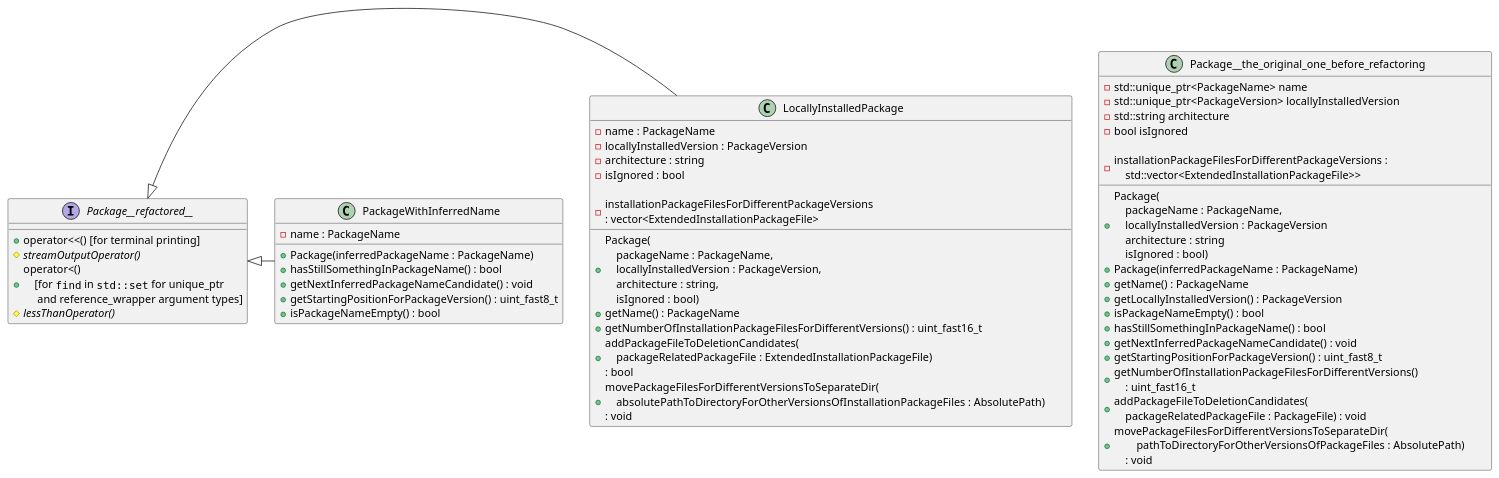
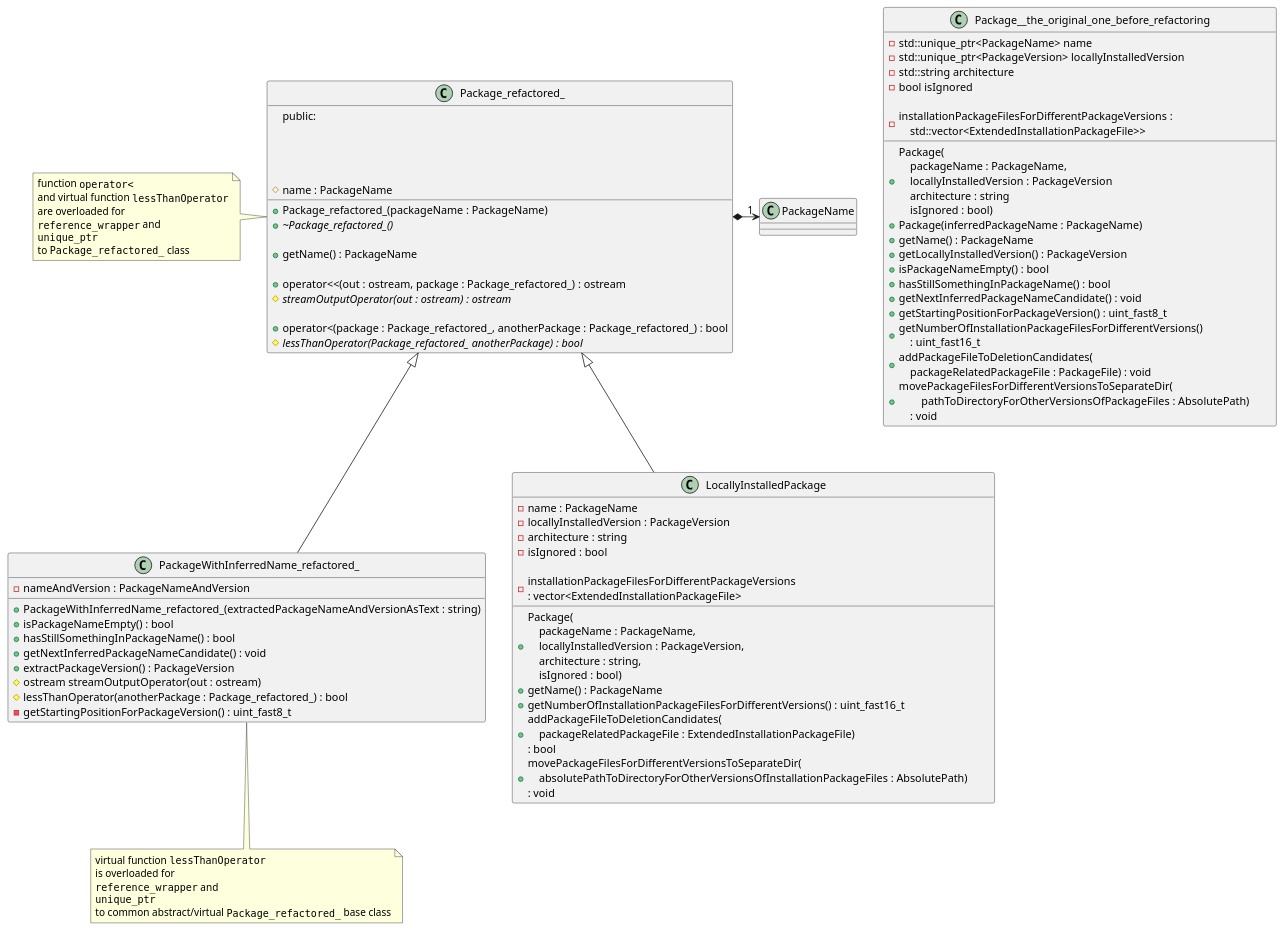
The diagram in Refactoring_Package_due_to_using_a_subset_of_features_for_packageWithInferredName_of_original_Package_type_and_initializing_the_rest_to_undefined_values-Class_diagram.puml (kyberdrb/clean_pacman_cache_dir), drawn with PlantUML before and after one commit.

Commit message:
Update 'Package_refactored_' class fully and 'PackageWithInferredName_refactored_' class partially

```diff
--- a/Refactoring_Package_due_to_using_a_subset_of_features_for_packageWithInferredName_of_original_Package_type_and_initializing_the_rest_to_undefined_values-Class_diagram.puml
+++ b/Refactoring_Package_due_to_using_a_subset_of_features_for_packageWithInferredName_of_original_Package_type_and_initializing_the_rest_to_undefined_values-Class_diagram.puml
@@ -1,89 +1,105 @@
 @startuml
 
 'Proposed solutions to avoid assigning reference member attributes to temporary values in single-argument constructor:
 ' - Inheritance/Implementation of interface - a class with only pure virtual functions with commonfunctions
 '   - overkill/not necessary - I don't use them in one container, neither I want to complicate my code with abstractions for simplicity and understandability
 ' - Splitting one 'PackageFile'
 '   - to two classes
 '   - then encapsulate the 'string' type 'filname' and 'absolutePath' member variables to custom defined classes 'Filename' and 'AbsolutePath' for expressivenes
 '   - Accepted solution
 
 class Package__the_original_one_before_refactoring {
     + Package(\
         \n    packageName : PackageName,\
         \n    locallyInstalledVersion : PackageVersion\
         \n    architecture : string\
         \n    isIgnored : bool)
     + Package(inferredPackageName : PackageName)
     + getName() : PackageName
     + getLocallyInstalledVersion() : PackageVersion
     + isPackageNameEmpty() : bool
     + hasStillSomethingInPackageName() : bool
     + getNextInferredPackageNameCandidate() : void
     + getStartingPositionForPackageVersion() : uint_fast8_t
     + getNumberOfInstallationPackageFilesForDifferentVersions()\
         \n    : uint_fast16_t
     + addPackageFileToDeletionCandidates(\
         \n    packageRelatedPackageFile : PackageFile) : void
     + movePackageFilesForDifferentVersionsToSeparateDir(\
         \n        pathToDirectoryForOtherVersionsOfPackageFiles : AbsolutePath)\
         \n    : void
 
     - std::unique_ptr<PackageName> name
     - std::unique_ptr<PackageVersion> locallyInstalledVersion
     - std::string architecture
     - bool isIgnored
 
     - installationPackageFilesForDifferentPackageVersions :\
         \n    std::vector<ExtendedInstallationPackageFile>>
 }
 
 'Analysis
 
-interface Package__refactored__ {
-    + operator<<() [for terminal printing]
-    # {abstract} streamOutputOperator()
-    + operator<()\
-    \n    [for ""find"" in ""std::set"" for unique_ptr\
-    \n     and reference_wrapper argument types]
-    # {abstract} lessThanOperator()
+'TODO make >>> abstract <<< from the 'class Package_refactored_' ?
+class Package_refactored_ {
+public:
+    + Package_refactored_(packageName : PackageName)
+    + {abstract} ~Package_refactored_()
+
+    + getName() : PackageName
+
+    + operator<<(out : ostream, package : Package_refactored_) : ostream
+    # {abstract} streamOutputOperator(out : ostream) : ostream
+
+    + operator<(package : Package_refactored_, anotherPackage : Package_refactored_) : bool
+    # {abstract} lessThanOperator(Package_refactored_ anotherPackage) : bool
+
+    # name : PackageName
 }
+
+note left of Package_refactored_: function ""operator<""\nand virtual function ""lessThanOperator""\nare overloaded for\n""reference_wrapper"" and\n""unique_ptr""\nto ""Package_refactored_"" class
+
+Package_refactored_ *-r-> "1" PackageName
+
+class PackageWithInferredName_refactored_ {
+    + PackageWithInferredName_refactored_(extractedPackageNameAndVersionAsText : string)
+    + isPackageNameEmpty() : bool
+    + hasStillSomethingInPackageName() : bool
+    + getNextInferredPackageNameCandidate() : void
+    + extractPackageVersion() : PackageVersion
+    # ostream streamOutputOperator(out : ostream)
+    # lessThanOperator(anotherPackage : Package_refactored_) : bool
+
+    - nameAndVersion : PackageNameAndVersion
+    - getStartingPositionForPackageVersion() : uint_fast8_t
+}
+
+Package_refactored_ <|-d- PackageWithInferredName_refactored_
+
+note bottom of PackageWithInferredName_refactored_: virtual function ""lessThanOperator""\nis overloaded for\n""reference_wrapper"" and\n""unique_ptr""\nto common abstract/virtual ""Package_refactored_"" base class
 
 class LocallyInstalledPackage {
     + Package(\
     \n    packageName : PackageName,\
     \n    locallyInstalledVersion : PackageVersion,\
     \n    architecture : string,\
     \n    isIgnored : bool)
     + getName() : PackageName
     + getNumberOfInstallationPackageFilesForDifferentVersions() : uint_fast16_t
     + addPackageFileToDeletionCandidates(\
     \n    packageRelatedPackageFile : ExtendedInstallationPackageFile)\
     \n: bool
     + movePackageFilesForDifferentVersionsToSeparateDir(\
         \n    absolutePathToDirectoryForOtherVersionsOfInstallationPackageFiles : AbsolutePath)\
         \n: void
     - name : PackageName
     - locallyInstalledVersion : PackageVersion
     - architecture : string
     - isIgnored : bool
 
     - installationPackageFilesForDifferentPackageVersions\
     \n: vector<ExtendedInstallationPackageFile>
 }
 
-Package__refactored__ <|- LocallyInstalledPackage
-
-class PackageWithInferredName {
-    + Package(inferredPackageName : PackageName)
-    + hasStillSomethingInPackageName() : bool
-    '+ operator<() [for ""find"" in ""std::set""]
-    + getNextInferredPackageNameCandidate() : void
-    + getStartingPositionForPackageVersion() : uint_fast8_t
-    + isPackageNameEmpty() : bool
-    - name : PackageName
-}
-
-Package__refactored__ <|- PackageWithInferredName
-
+Package_refactored_ <|-d- LocallyInstalledPackage
 @enduml
```
